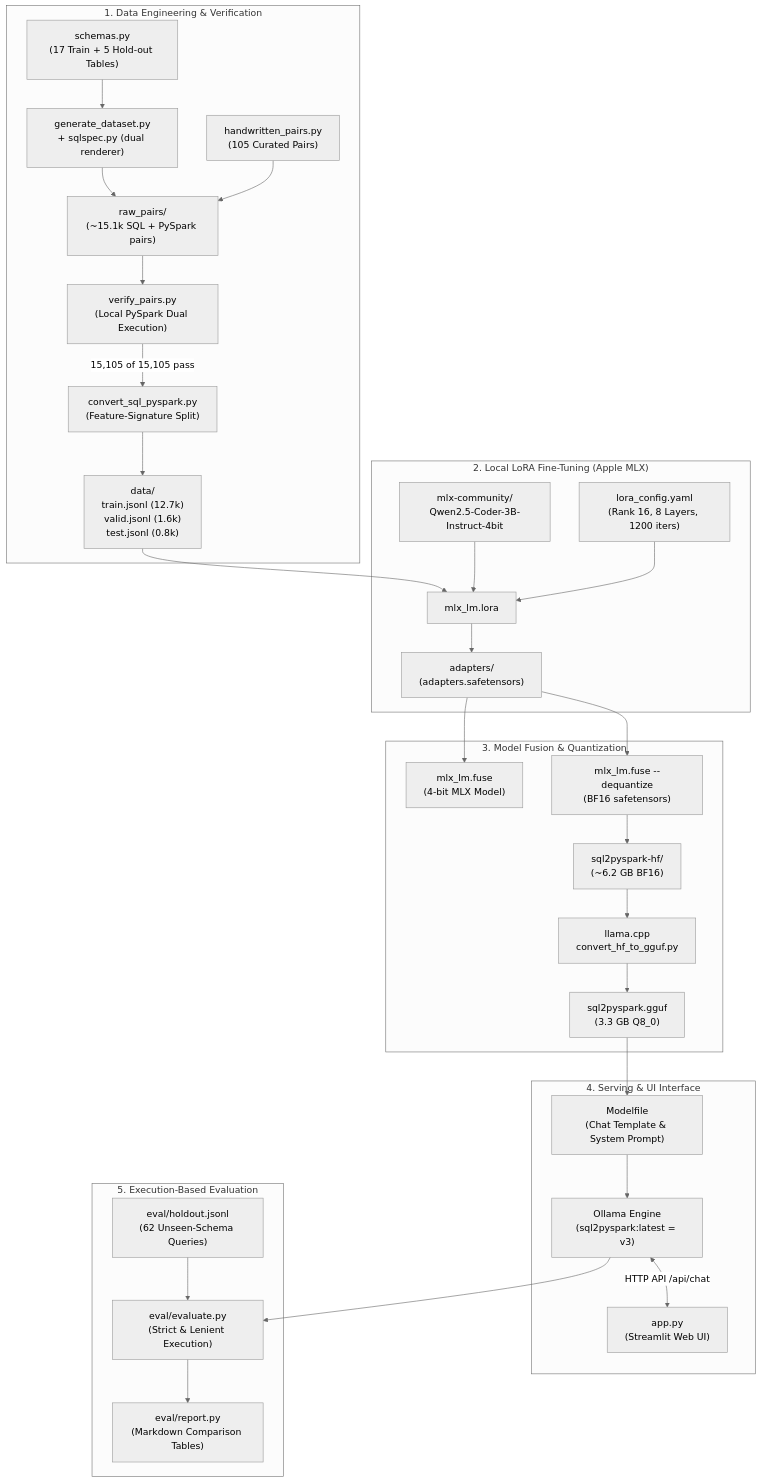
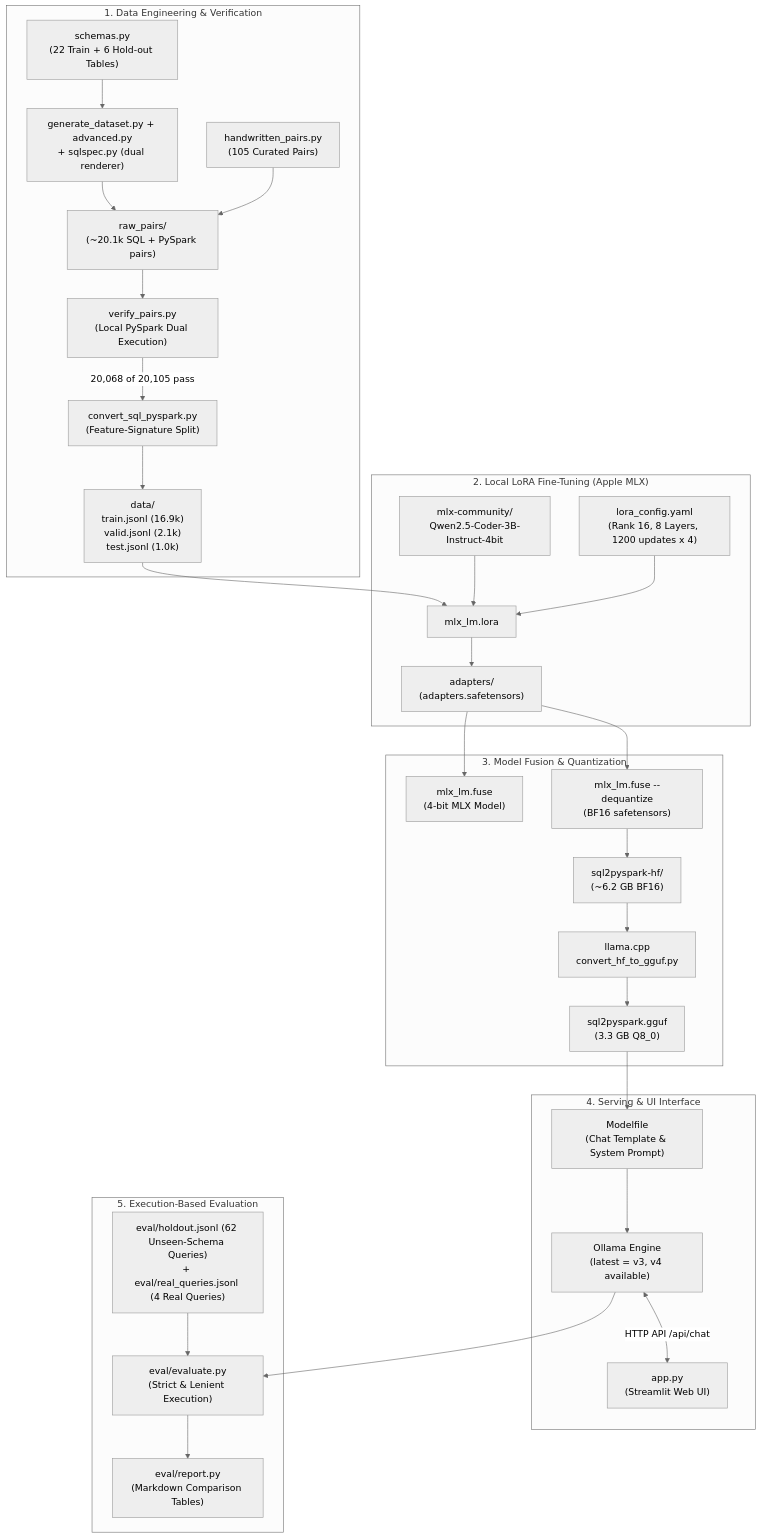
The diagram in docs/01-architecture-overview.md (praponb/Finetuning-LLM), drawn with Mermaid (neutral theme) before and after one commit. The commit also changed other lines of this file and 38 other files, not shown here.

````diff
--- a/docs/01-architecture-overview.md
+++ b/docs/01-architecture-overview.md
@@ -11,65 +11,65 @@
 ```mermaid
 flowchart TD
     subgraph DataEngineering["1. Data Engineering & Verification"]
-        S["schemas.py<br/>(17 Train + 5 Hold-out Tables)"]
-        G["generate_dataset.py<br/>+ sqlspec.py (dual renderer)"]
+        S["schemas.py<br/>(22 Train + 6 Hold-out Tables)"]
+        G["generate_dataset.py + advanced.py<br/>+ sqlspec.py (dual renderer)"]
         H["handwritten_pairs.py<br/>(105 Curated Pairs)"]
-        Raw["raw_pairs/<br/>(~15.1k SQL + PySpark pairs)"]
+        Raw["raw_pairs/<br/>(~20.1k SQL + PySpark pairs)"]
         Verify["verify_pairs.py<br/>(Local PySpark Dual Execution)"]
         Split["convert_sql_pyspark.py<br/>(Feature-Signature Split)"]
-        Data["data/<br/>train.jsonl (12.7k)<br/>valid.jsonl (1.6k)<br/>test.jsonl (0.8k)"]
+        Data["data/<br/>train.jsonl (16.9k)<br/>valid.jsonl (2.1k)<br/>test.jsonl (1.0k)"]
 
         S --> G
         G --> Raw
         H --> Raw
         Raw --> Verify
-        Verify -->|15,105 of 15,105 pass| Split
+        Verify -->|20,068 of 20,105 pass| Split
         Split --> Data
     end
 
     subgraph Training["2. Local LoRA Fine-Tuning (Apple MLX)"]
         BaseModel["mlx-community/<br/>Qwen2.5-Coder-3B-Instruct-4bit"]
-        Config["lora_config.yaml<br/>(Rank 16, 8 Layers, 1200 iters)"]
+        Config["lora_config.yaml<br/>(Rank 16, 8 Layers, 1200 updates x 4)"]
         MLX["mlx_lm.lora"]
         Adapters["adapters/<br/>(adapters.safetensors)"]
 
         Data --> MLX
         BaseModel --> MLX
         Config --> MLX
         MLX --> Adapters
     end
 
     subgraph ExportQuantization["3. Model Fusion & Quantization"]
         FuseMLX["mlx_lm.fuse<br/>(4-bit MLX Model)"]
         FuseHF["mlx_lm.fuse --dequantize<br/>(BF16 safetensors)"]
         HFDir["sql2pyspark-hf/<br/>(~6.2 GB BF16)"]
         GGUFConv["llama.cpp<br/>convert_hf_to_gguf.py"]
         GGUF["sql2pyspark.gguf<br/>(3.3 GB Q8_0)"]
 
         Adapters --> FuseMLX
         Adapters --> FuseHF
         FuseHF --> HFDir
         HFDir --> GGUFConv
         GGUFConv --> GGUF
     end
 
     subgraph ServingUI["4. Serving & UI Interface"]
         Modelfile["Modelfile<br/>(Chat Template & System Prompt)"]
-        Ollama["Ollama Engine<br/>(sql2pyspark:latest = v3)"]
+        Ollama["Ollama Engine<br/>(latest = v3, v4 available)"]
         Streamlit["app.py<br/>(Streamlit Web UI)"]
 
         GGUF --> Modelfile
         Modelfile --> Ollama
         Ollama <-->|HTTP API /api/chat| Streamlit
     end
 
     subgraph Evaluation["5. Execution-Based Evaluation"]
-        Holdout["eval/holdout.jsonl<br/>(62 Unseen-Schema Queries)"]
+        Holdout["eval/holdout.jsonl (62 Unseen-Schema Queries)<br/>+ eval/real_queries.jsonl (4 Real Queries)"]
         EvalRunner["eval/evaluate.py<br/>(Strict & Lenient Execution)"]
         Report["eval/report.py<br/>(Markdown Comparison Tables)"]
 
         Ollama --> EvalRunner
         Holdout --> EvalRunner
         EvalRunner --> Report
     end
 ```
````
